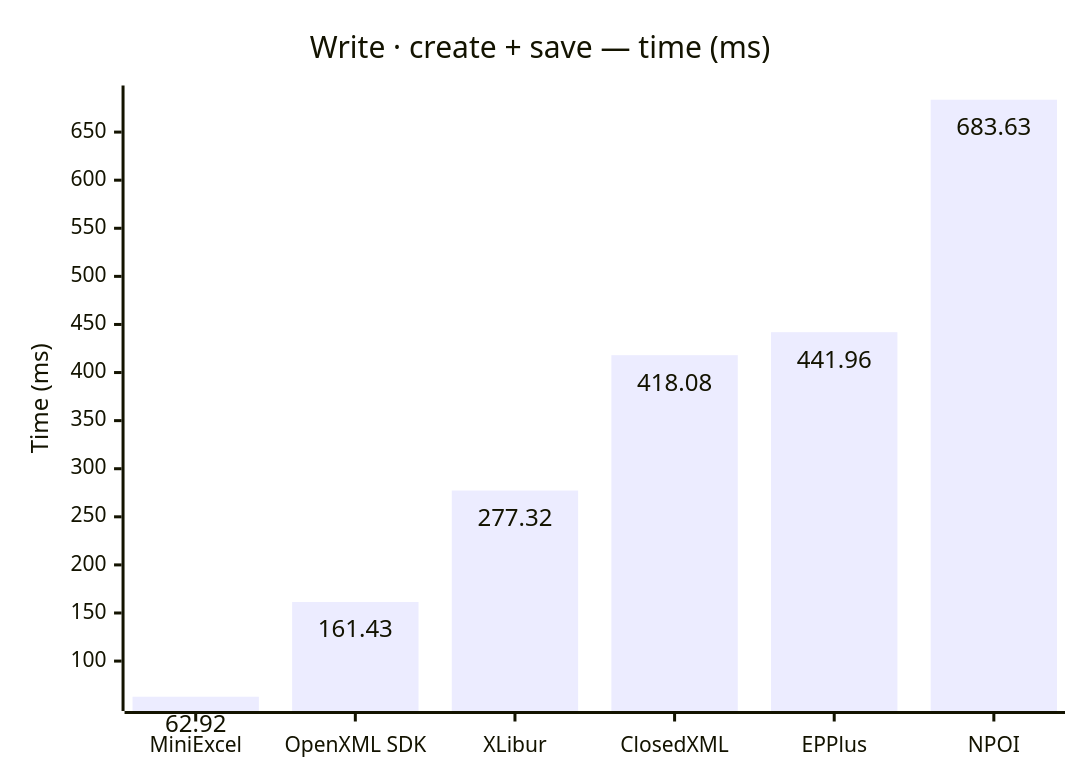
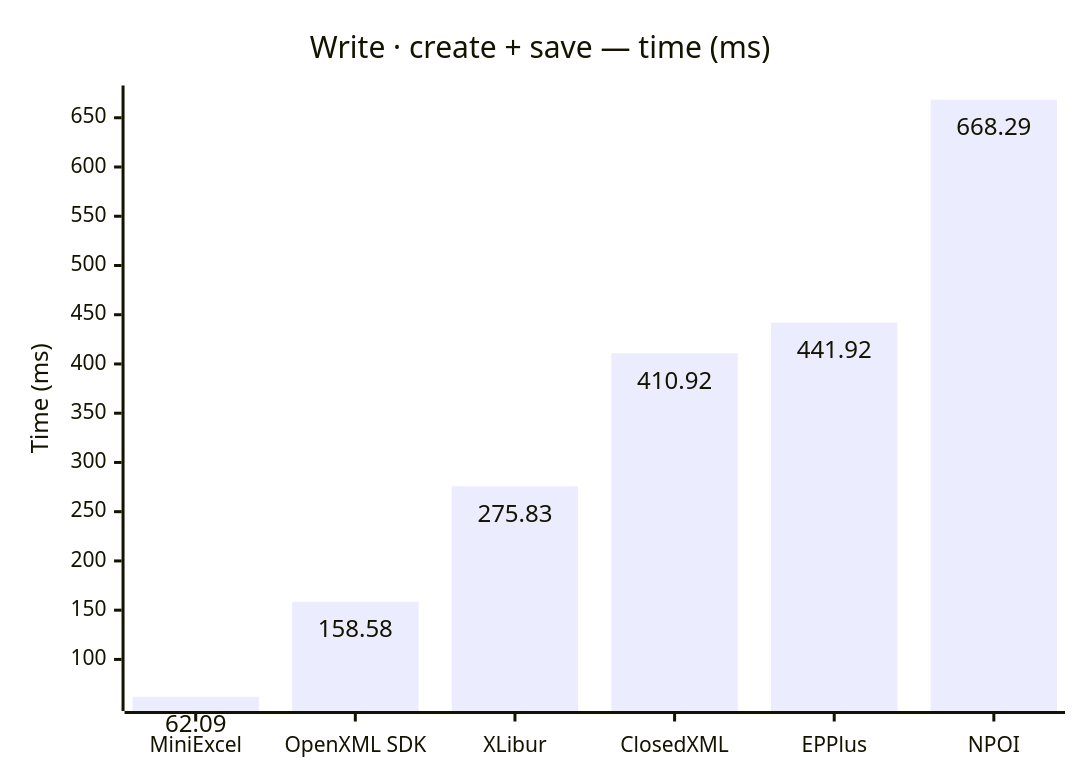
The fifth of 6 diagrams in docs/results.md (jafin/XLBench), drawn with Mermaid before and after one commit. The commit also changed other lines of this file and 3 other files, not shown here.

````diff
--- a/docs/results.md
+++ b/docs/results.md
@@ -85,12 +86,12 @@
 ```mermaid
 ---
 config:
   xyChart:
     showDataLabel: true
 ---
 xychart-beta
     title "Write · create + save — time (ms)"
     x-axis ["MiniExcel", "OpenXML SDK", "XLibur", "ClosedXML", "EPPlus", "NPOI"]
     y-axis "Time (ms)"
-    bar [62.92, 161.43, 277.32, 418.08, 441.96, 683.63]
+    bar [62.09, 158.58, 275.83, 410.92, 441.92, 668.29]
 ```
````
